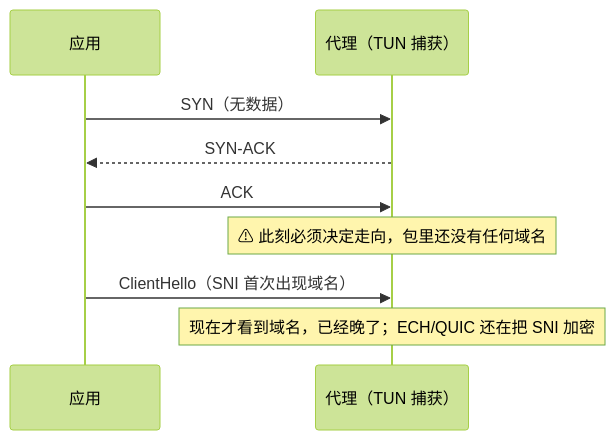
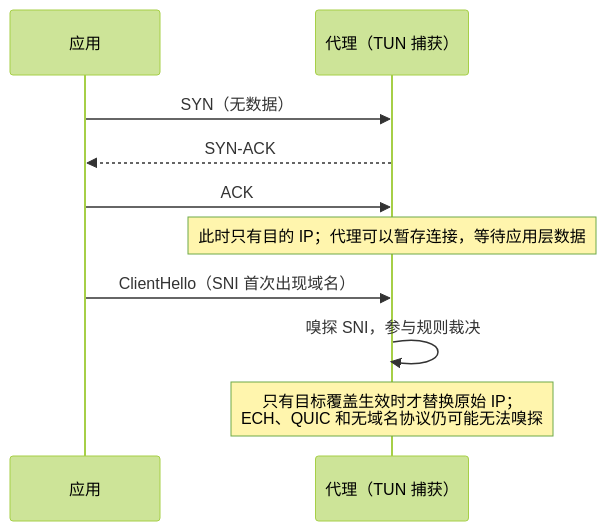
Before and after one commit to puppylpg/puppylpg.github.io: the seventh of 17 diagrams in _posts/2026-08-09-tun-proxy-dns-chain.md, drawn with Mermaid (forest theme). The commit also changed other lines of this file and 1 other file, not shown here.

````diff
--- a/_posts/2026-08-09-tun-proxy-dns-chain.md
+++ b/_posts/2026-08-09-tun-proxy-dns-chain.md
@@ -158,11 +238,12 @@
 ```mermaid
 sequenceDiagram
     participant A as 应用
     participant P as 代理（TUN 捕获）
     A->>P: SYN（无数据）
     P-->>A: SYN-ACK
     A->>P: ACK
-    Note over P: ⚠ 此刻必须决定走向，包里还没有任何域名
+    Note over P: 此时只有目的 IP；代理可以暂存连接，等待应用层数据
     A->>P: ClientHello（SNI 首次出现域名）
-    Note over P: 现在才看到域名，已经晚了；ECH/QUIC 还在把 SNI 加密
+    P->>P: 嗅探 SNI，参与规则裁决
+    Note over P: 只有目标覆盖生效时才替换原始 IP；<br>ECH、QUIC 和无域名协议仍可能无法嗅探
 ```
````
